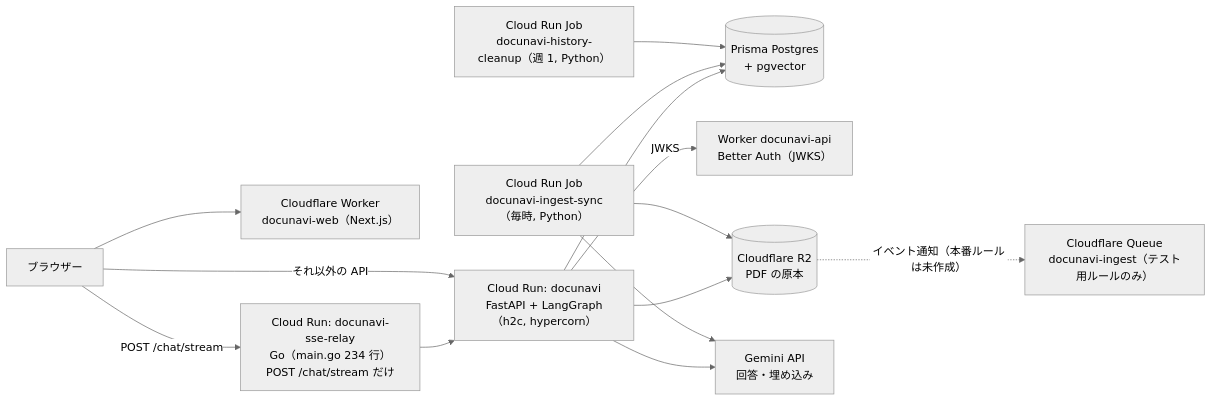
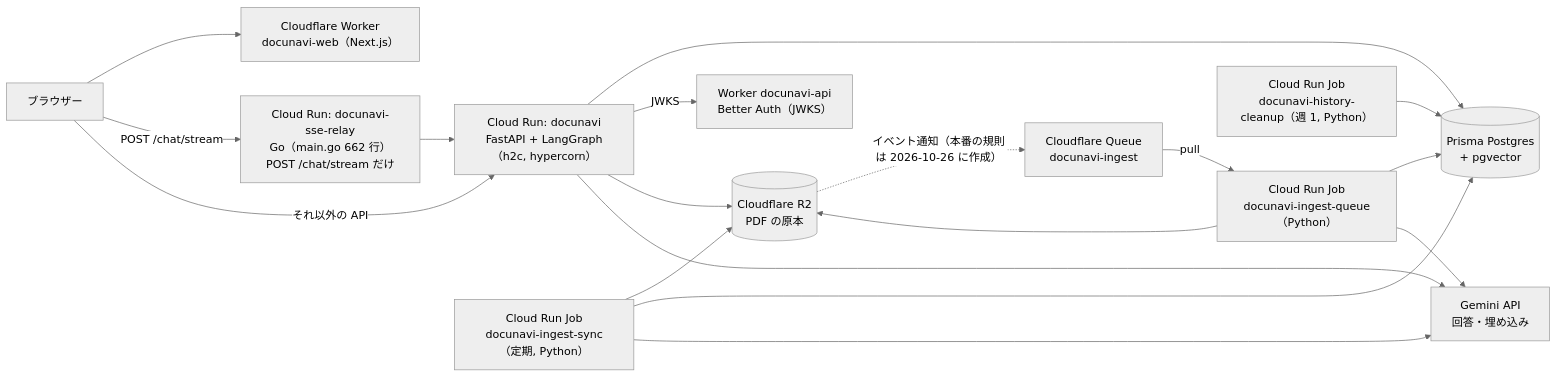
One commit to Starlight-Tree/DocuNavi changed the diagram in docs/go-architecture-plan.md. Above: the diagram before and after it, drawn with Mermaid (neutral theme). The commit also changed other lines of this file and 1 other file, not shown here.

First line of the commit message:
docs(go-plan): bring the Go and Python split plan up to date

````diff
--- a/docs/go-architecture-plan.md
+++ b/docs/go-architecture-plan.md
@@ -22,27 +22,32 @@
 ```mermaid
 flowchart LR
     browser["ブラウザー"]
     web["Cloudflare Worker<br/>docunavi-web（Next.js）"]
-    relay["Cloud Run: docunavi-sse-relay<br/>Go（main.go 234 行）<br/>POST /chat/stream だけ"]
+    relay["Cloud Run: docunavi-sse-relay<br/>Go（main.go 662 行）<br/>POST /chat/stream だけ"]
     api["Cloud Run: docunavi<br/>FastAPI + LangGraph（h2c, hypercorn）"]
     pg[("Prisma Postgres<br/>+ pgvector")]
     authsb["Worker docunavi-api<br/>Better Auth（JWKS）"]
     r2[("Cloudflare R2<br/>PDF の原本")]
     gemini["Gemini API<br/>回答・埋め込み"]
-    q["Cloudflare Queue<br/>docunavi-ingest（テスト用ルールのみ）"]
-    job["Cloud Run Job<br/>docunavi-ingest-sync（毎時, Python）"]
+    q["Cloudflare Queue<br/>docunavi-ingest"]
+    jobq["Cloud Run Job<br/>docunavi-ingest-queue（Python）"]
+    job["Cloud Run Job<br/>docunavi-ingest-sync（定期, Python）"]
     clean["Cloud Run Job<br/>docunavi-history-cleanup（週 1, Python）"]
 
     browser --> web
     browser -->|"POST /chat/stream"| relay --> api
     browser -->|"それ以外の API"| api
     api --> pg
     api -->|JWKS| authsb
     api --> r2
     api --> gemini
     job --> r2
     job --> pg
     job --> gemini
+    jobq --> r2
+    jobq --> pg
+    jobq --> gemini
     clean --> pg
-    r2 -.->|"イベント通知（本番ルールは未作成）"| q
+    r2 -.->|"イベント通知（本番の規則は 2026-10-26 に作成）"| q
+    q -->|"pull"| jobq
 ```
````
